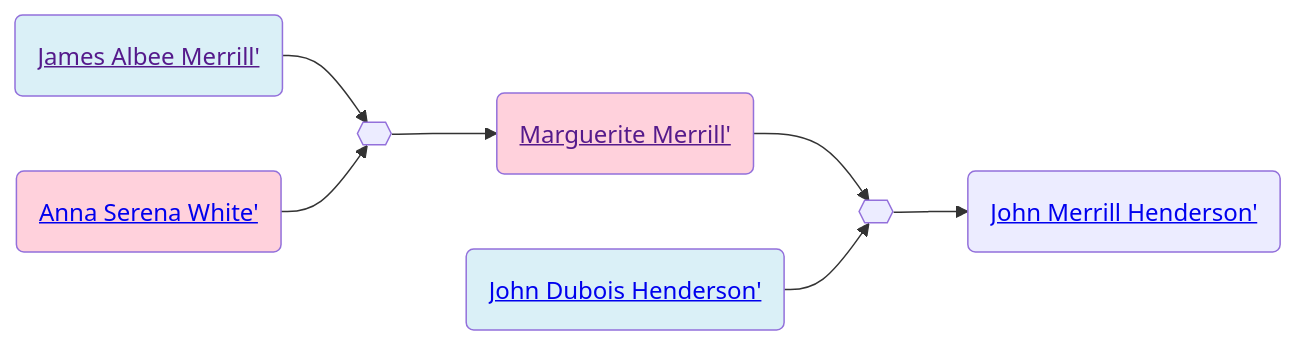
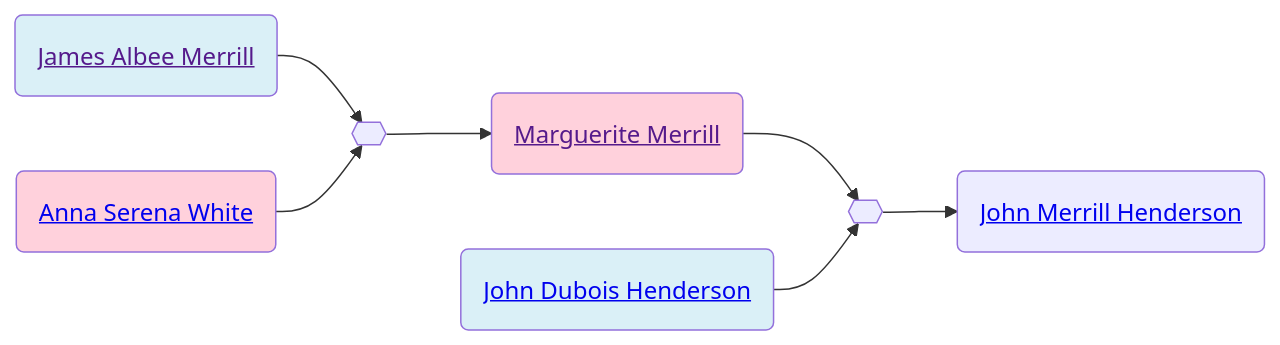
Before and after one commit to neelsmith/avocational: the second of 2 diagrams in familyhistory/sources/people/Merrill-line/James_Albee_Merrill.qmd, drawn with Mermaid. The commit also changed other lines of this file and 96 other files, not shown here.

````diff
--- a/familyhistory/sources/people/Merrill-line/James_Albee_Merrill.qmd
+++ b/familyhistory/sources/people/Merrill-line/James_Albee_Merrill.qmd
@@ -55,20 +55,20 @@
 ```{mermaid}
 graph LR
 %% LR descendant diagram
 class James_Albee_Merrill_and_Anna_Serena_White marriage
-James_Albee_Merrill(<a href=''>James Albee Merrill'</>) --> James_Albee_Merrill_and_Anna_Serena_White{{ }}
-Anna_Serena_White(<a href='./White-line/Anna_Serena_White.html'>Anna Serena White'</>) --> James_Albee_Merrill_and_Anna_Serena_White{{ }}
+James_Albee_Merrill(<a href=''>James Albee Merrill</a>) --> James_Albee_Merrill_and_Anna_Serena_White{{ }}
+Anna_Serena_White(<a href='./White-line/Anna_Serena_White.html'>Anna Serena White</a>) --> James_Albee_Merrill_and_Anna_Serena_White{{ }}
 class James_Albee_Merrill father
 class Anna_Serena_White mother
-James_Albee_Merrill_and_Anna_Serena_White{{ }} --> Marguerite_Merrill(<a href='./Marguerite_Merrill.html'>Marguerite Merrill'</>)
+James_Albee_Merrill_and_Anna_Serena_White{{ }} --> Marguerite_Merrill(<a href='./Marguerite_Merrill.html'>Marguerite Merrill</a>)
 class Marguerite_Merrill_and_John_Dubois_Henderson marriage
-Marguerite_Merrill(<a href=''>Marguerite Merrill'</>) --> Marguerite_Merrill_and_John_Dubois_Henderson{{ }}
-John_Dubois_Henderson(<a href='./../Henderson-line/John_Dubois_Henderson.html'>John Dubois Henderson'</>) --> Marguerite_Merrill_and_John_Dubois_Henderson{{ }}
+Marguerite_Merrill(<a href=''>Marguerite Merrill</a>) --> Marguerite_Merrill_and_John_Dubois_Henderson{{ }}
+John_Dubois_Henderson(<a href='./../Henderson-line/John_Dubois_Henderson.html'>John Dubois Henderson</a>) --> Marguerite_Merrill_and_John_Dubois_Henderson{{ }}
 class John_Dubois_Henderson father
 class Marguerite_Merrill mother
-Marguerite_Merrill_and_John_Dubois_Henderson{{ }} --> John_Merrill_Henderson(<a href='./../Henderson-line/John_Merrill_Henderson.html'>John Merrill Henderson'</>)
+Marguerite_Merrill_and_John_Dubois_Henderson{{ }} --> John_Merrill_Henderson(<a href='./../Henderson-line/John_Merrill_Henderson.html'>John Merrill Henderson</a>)
 classDef mother fill:#ffd1dc
 classDef father fill:#daf0f7  
 classDef marriage fill:#ffffff
 
 ```
````
